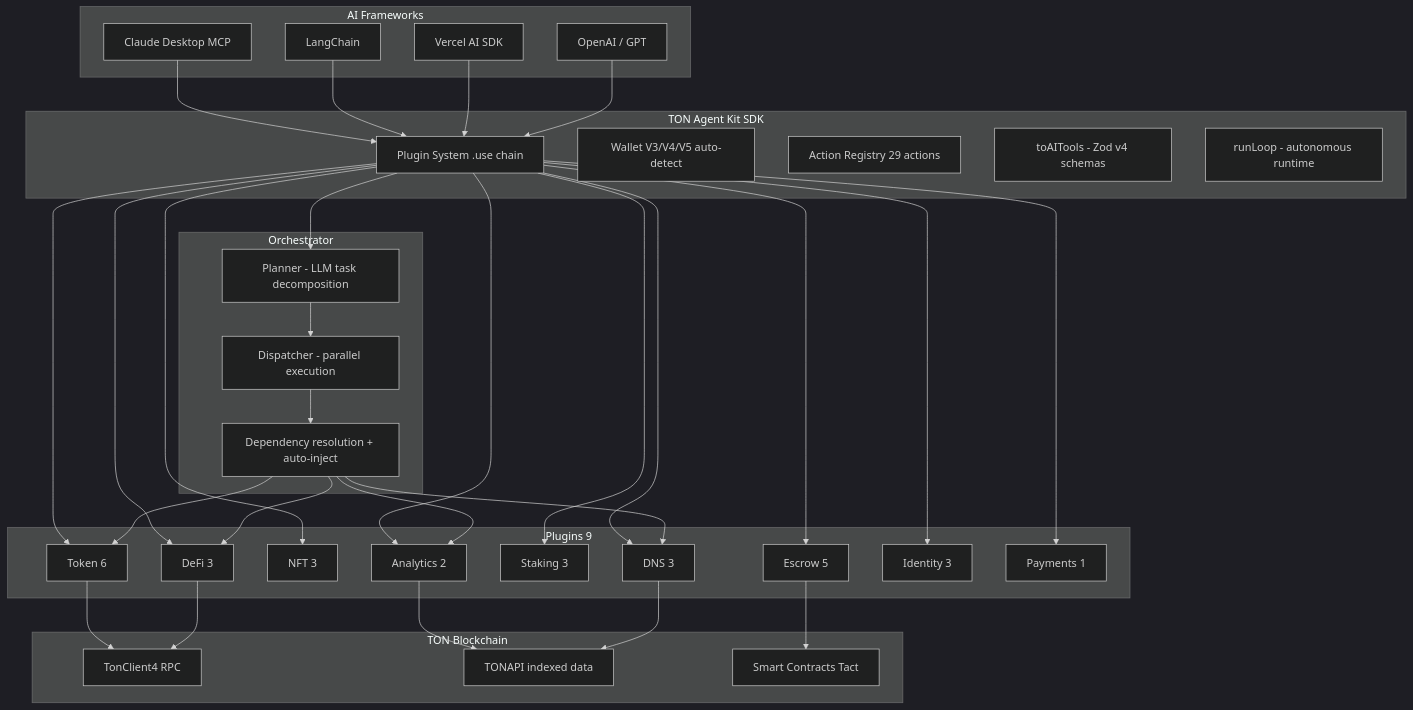
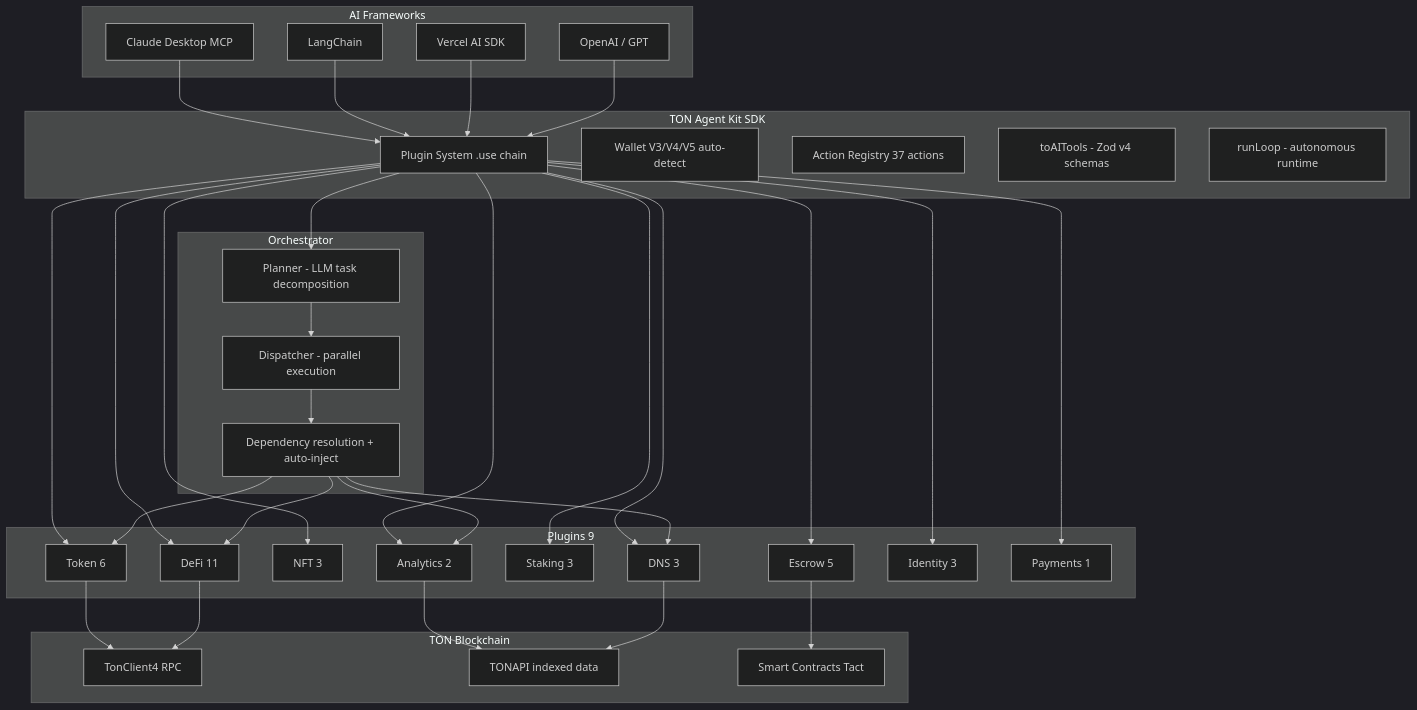
The second of 4 diagrams in README.md (Andy00L/ton-agent-kit), drawn with Mermaid (dark theme) before and after one commit. The commit also changed other lines of this file and 1 other file, not shown here.

````diff
--- a/README.md
+++ b/README.md
@@ -730,71 +750,71 @@
 ```mermaid
 graph TD
     subgraph "AI Frameworks"
         CD[Claude Desktop MCP]
         LC[LangChain]
         VA[Vercel AI SDK]
         OA[OpenAI / GPT]
     end
 
-    subgraph "TON Agent Kit SDK"
-        PS[Plugin System .use chain]
-        WA[Wallet V3/V4/V5 auto-detect]
-        AR[Action Registry 29 actions]
-        AT[toAITools - Zod v4 schemas]
-        RL[runLoop - autonomous runtime]
-    end
-
     subgraph "Orchestrator"
         PL[Planner - LLM task decomposition]
         DP[Dispatcher - parallel execution]
         DR[Dependency resolution + auto-inject]
     end
 
+    subgraph "TON Agent Kit SDK"
+        PS[Plugin System .use chain]
+        WA[Wallet V3/V4/V5 auto-detect]
+        AR[Action Registry 37 actions]
+        AT[toAITools - Zod v4 schemas]
+        RL[runLoop - autonomous runtime]
+    end
+
     subgraph "Plugins 9"
         TK[Token 6]
-        DF[DeFi 3]
+        DF[DeFi 11]
         NF[NFT 3]
         DN[DNS 3]
         ST[Staking 3]
         AN[Analytics 2]
         ES[Escrow 5]
         ID[Identity 3]
         PM[Payments 1]
     end
 
     subgraph "TON Blockchain"
         TC[TonClient4 RPC]
         TA[TONAPI indexed data]
         SC[Smart Contracts Tact]
     end
 
     CD --> PS
     LC --> PS
     VA --> PS
     OA --> PS
 
     PS --> PL
     PL --> DP
     DP --> DR
 
     PS --> TK
     PS --> DF
     PS --> NF
     PS --> DN
     PS --> ST
     PS --> AN
     PS --> ES
     PS --> ID
     PS --> PM
 
     DR --> TK
     DR --> DF
     DR --> DN
     DR --> AN
 
     TK --> TC
     DF --> TC
     ES --> SC
     AN --> TA
     DN --> TA
 ```
````
